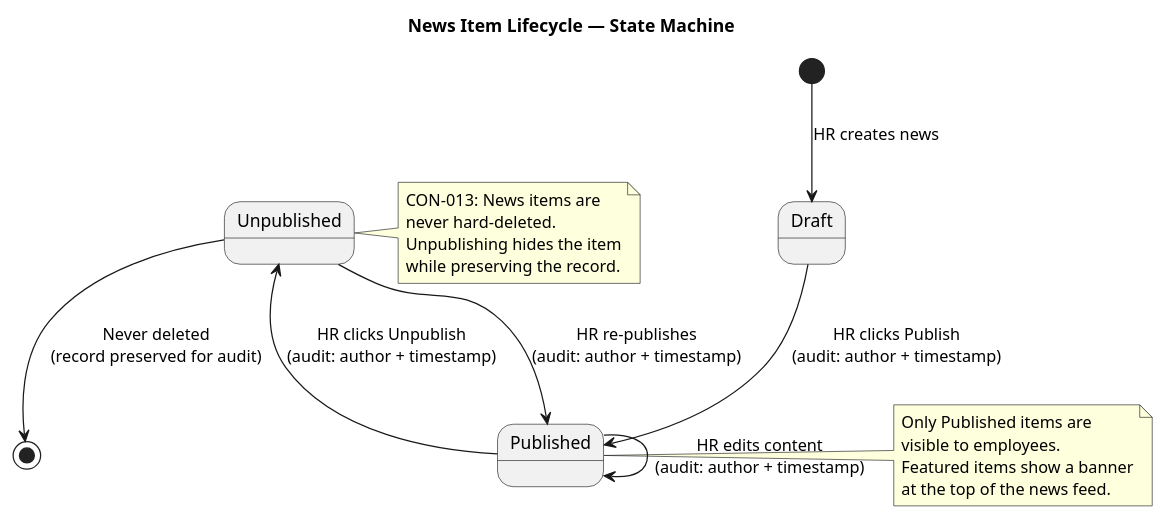
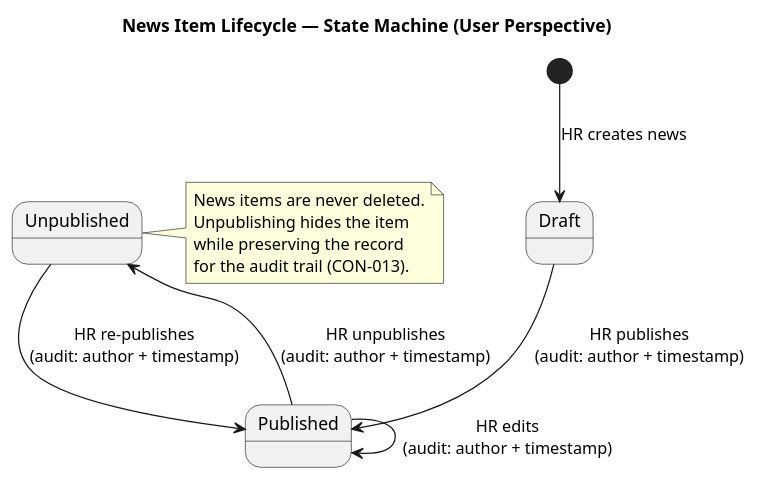
One commit to banense-test/portal-cuba-corp changed the sixth of 10 diagrams in docs/artifacts/deployment/user-documentation.md. Above: the diagram before and after it, drawn with PlantUML. The commit also changed other lines of this file, not shown here.

First line of the commit message:
Technical Writer [C2]: upsert User Documentation

````diff
--- a/docs/artifacts/deployment/user-documentation.md
+++ b/docs/artifacts/deployment/user-documentation.md
@@ -341,31 +354,25 @@
 ```plantuml
 @startuml
-title News Item Lifecycle — State Machine
+title News Item Lifecycle — State Machine (User Perspective)
 
 skinparam stateStyle rounded
 
 [*] --> Draft : HR creates news
 
-Draft --> Published : HR clicks Publish\n(audit: author + timestamp)
-Published --> Published : HR edits content\n(audit: author + timestamp)
-Published --> Unpublished : HR clicks Unpublish\n(audit: author + timestamp)
+Draft --> Published : HR publishes\n(audit: author + timestamp)
+
+Published --> Published : HR edits\n(audit: author + timestamp)
+
+Published --> Unpublished : HR unpublishes\n(audit: author + timestamp)
+
 Unpublished --> Published : HR re-publishes\n(audit: author + timestamp)
 
-Unpublished --> [*] : Never deleted\n(record preserved for audit)
-
 note right of Unpublished
-  CON-013: News items are
-  never hard-deleted.
+  News items are never deleted.
   Unpublishing hides the item
-  while preserving the record.
-end note
-
-note right of Published
-  Only Published items are
-  visible to employees.
-  Featured items show a banner
-  at the top of the news feed.
+  while preserving the record
+  for the audit trail (CON-013).
 end note
 
 @enduml
 ```
````
